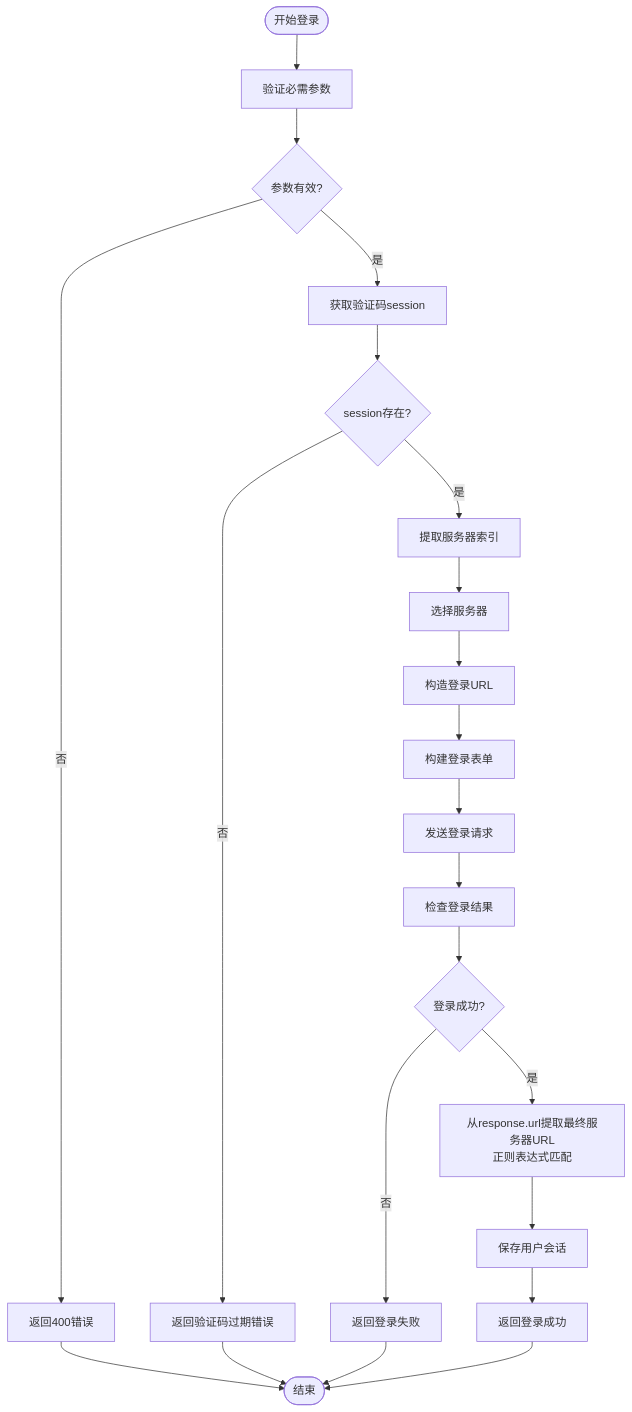
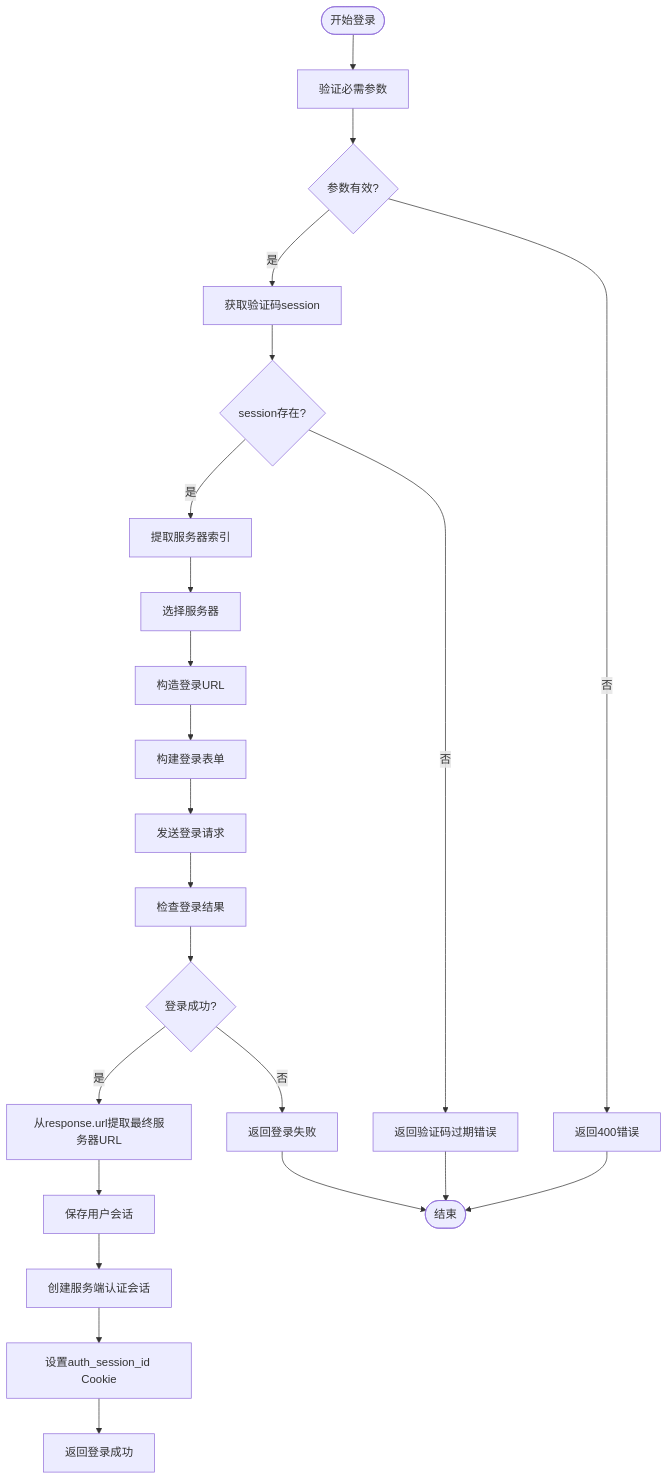
One commit to ghbbn053-ship-itsoulddog/soulddog changed the third of 9 diagrams in .qoder/repowiki/zh/content/后端API文档/用户认证API.md. Above: the diagram before and after it, drawn with Mermaid. The commit also changed other lines of this file and 119 other files, not shown here.

````diff
--- a/.qoder/repowiki/zh/content/后端API文档/用户认证API.md
+++ b/.qoder/repowiki/zh/content/后端API文档/用户认证API.md
@@ -202,24 +237,25 @@
 ```mermaid
 flowchart TD
 Start([开始登录]) --> ValidateParams["验证必需参数"]
 ValidateParams --> ParamsValid{"参数有效?"}
 ParamsValid --> |否| Return400["返回400错误"]
 ParamsValid --> |是| GetCaptchaSession["获取验证码session"]
 GetCaptchaSession --> SessionExists{"session存在?"}
 SessionExists --> |否| ReturnExpired["返回验证码过期错误"]
 SessionExists --> |是| ExtractServerIndex["提取服务器索引"]
 ExtractServerIndex --> SelectServer["选择服务器"]
 SelectServer --> BuildLoginURL["构造登录URL"]
 BuildLoginURL --> BuildFormData["构建登录表单"]
 BuildFormData --> SendLogin["发送登录请求"]
 SendLogin --> CheckResult["检查登录结果"]
 CheckResult --> LoginSuccess{"登录成功?"}
-LoginSuccess --> |是| ExtractFinalURL["从response.url提取最终服务器URL<br/>正则表达式匹配"]
-ExtractFinalURL --> SaveSession["保存用户会话"]
+LoginSuccess --> |是| ExtractFinalURL["从response.url提取最终服务器URL"]
+ExtractFinalURL --> SaveUserSession["保存用户会话"]
+SaveUserSession --> CreateAuthSession["创建服务端认证会话"]
+CreateAuthSession --> SetCookies["设置auth_session_id Cookie"]
 LoginSuccess --> |否| ReturnFail["返回登录失败"]
-SaveSession --> ReturnSuccess["返回登录成功"]
 Return400 --> End([结束])
 ReturnExpired --> End
 ReturnFail --> End
-ReturnSuccess --> End
+SetCookies --> ReturnSuccess["返回登录成功"]
 ```
````
